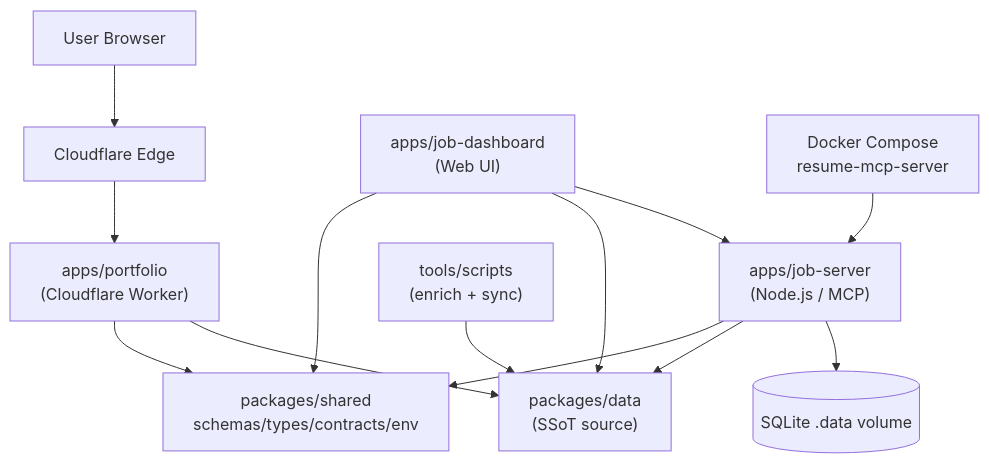
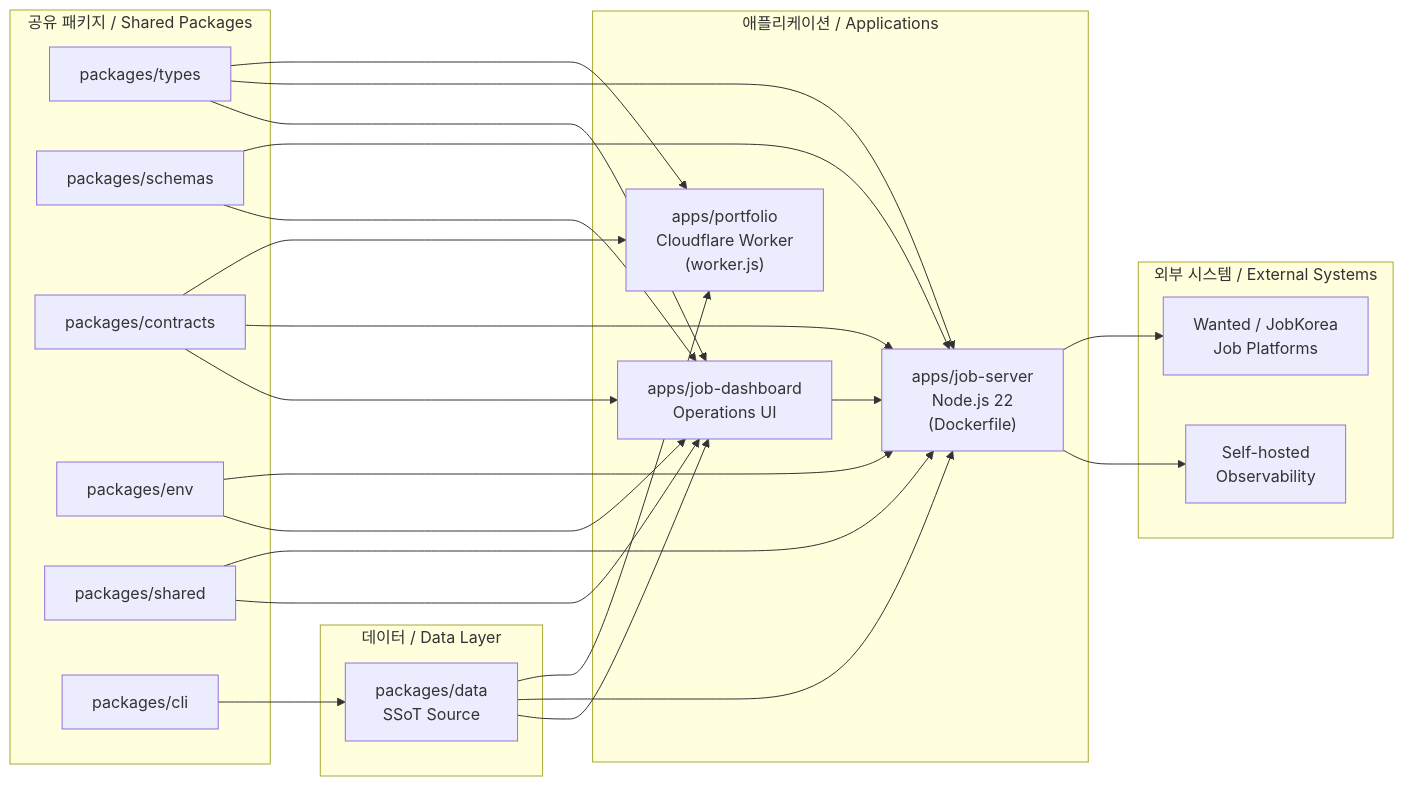
Before and after one commit to jclee941/resume: the diagram in README.md, drawn with Mermaid. The commit also changed other lines of this file, not shown here.

````diff
--- a/README.md
+++ b/README.md
@@ -70,25 +72,48 @@
 ```mermaid
-flowchart TB
-    Browser["User Browser"]
-    CF["Cloudflare Edge"]
-    Worker["apps/portfolio<br/>(Cloudflare Worker)"]
-    Dashboard["apps/job-dashboard<br/>(Web UI)"]
-    Server["apps/job-server<br/>(Node.js / MCP)"]
-    DB[("SQLite .data volume")]
-    SSoT["packages/data<br/>(SSoT source)"]
-    Shared["packages/shared<br/>schemas/types/contracts/env"]
-    Enrich["tools/scripts<br/>(enrich + sync)"]
-    Docker["Docker Compose<br/>resume-mcp-server"]
+flowchart LR
+    subgraph Data["데이터 / Data Layer"]
+        SSoT["packages/data<br/>SSoT Source"]
+    end
 
-    Browser --> CF --> Worker
-    Dashboard --> Server
-    Server --> DB
-    Worker --> SSoT
-    Server --> SSoT
-    Dashboard --> SSoT
-    Server --> Shared
-    Worker --> Shared
-    Dashboard --> Shared
-    Enrich --> SSoT
-    Docker --> Server
+    subgraph Shared["공유 패키지 / Shared Packages"]
+        Types["packages/types"]
+        Schemas["packages/schemas"]
+        Contracts["packages/contracts"]
+        Env["packages/env"]
+        Shared2["packages/shared"]
+        CLI["packages/cli"]
+    end
+
+    subgraph Apps["애플리케이션 / Applications"]
+        Portfolio["apps/portfolio<br/>Cloudflare Worker<br/>(worker.js)"]
+        JobServer["apps/job-server<br/>Node.js 22<br/>(Dockerfile)"]
+        Dashboard["apps/job-dashboard<br/>Operations UI"]
+    end
+
+    subgraph External["외부 시스템 / External Systems"]
+        Platforms["Wanted / JobKorea<br/>Job Platforms"]
+        Observability["Self-hosted<br/>Observability"]
+    end
+
+    SSoT --> Portfolio
+    SSoT --> JobServer
+    SSoT --> Dashboard
+
+    Types --> Portfolio
+    Types --> JobServer
+    Types --> Dashboard
+    Schemas --> JobServer
+    Schemas --> Dashboard
+    Contracts --> Portfolio
+    Contracts --> JobServer
+    Contracts --> Dashboard
+    Env --> JobServer
+    Env --> Dashboard
+    Shared2 --> JobServer
+    Shared2 --> Dashboard
+    CLI --> SSoT
+
+    JobServer --> Platforms
+    JobServer --> Observability
+    Dashboard --> JobServer
 ```
````
